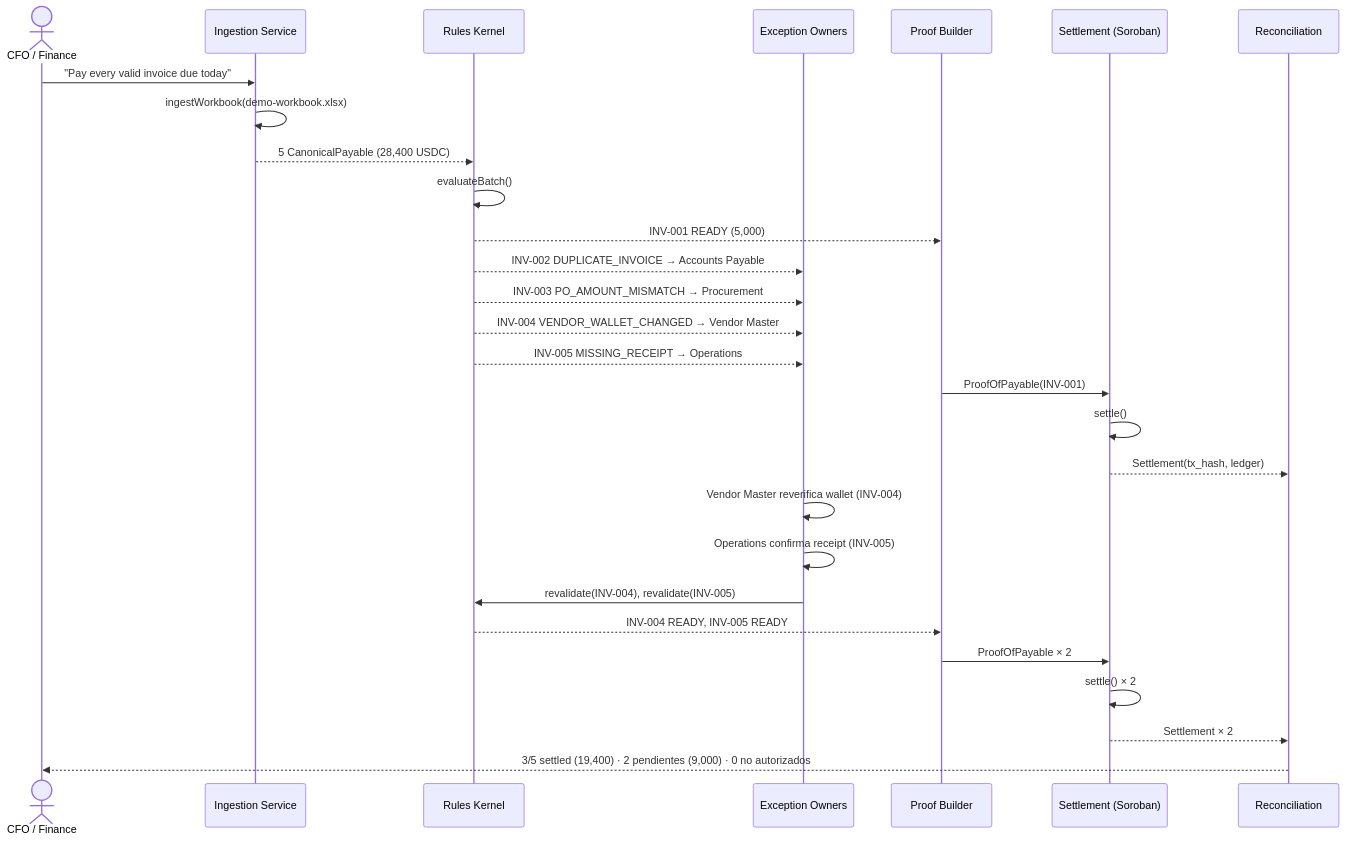
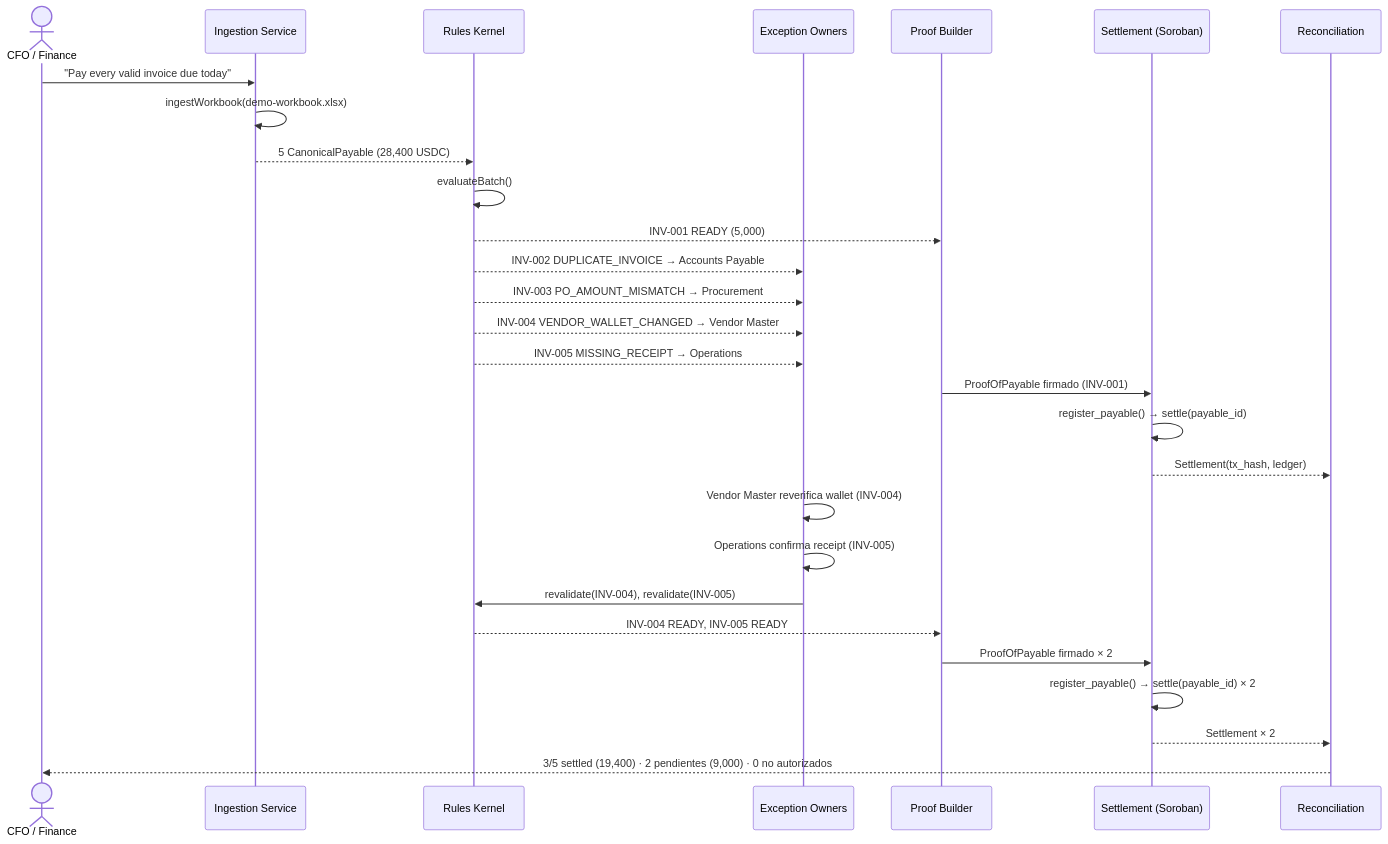
One commit to devmondoss/pakta changed the eighth of 8 diagrams in docs/implementation/Pakta_Arquitectura_Flujo.md. Above: the diagram before and after it, drawn with Mermaid. The commit also changed other lines of this file and 9 other files, not shown here.

````diff
--- a/docs/implementation/Pakta_Arquitectura_Flujo.md
+++ b/docs/implementation/Pakta_Arquitectura_Flujo.md
@@ -376,36 +380,36 @@
 ```mermaid
 sequenceDiagram
     actor CFO as CFO / Finance
     participant ING as Ingestion Service
     participant KER as Rules Kernel
     participant OWN as Exception Owners
     participant PRF as Proof Builder
     participant SET as Settlement (Soroban)
     participant REC as Reconciliation
 
     CFO->>ING: "Pay every valid invoice due today"
     ING->>ING: ingestWorkbook(demo-workbook.xlsx)
     ING-->>KER: 5 CanonicalPayable (28,400 USDC)
     KER->>KER: evaluateBatch()
 
     KER-->>PRF: INV-001 READY (5,000)
     KER-->>OWN: INV-002 DUPLICATE_INVOICE → Accounts Payable
     KER-->>OWN: INV-003 PO_AMOUNT_MISMATCH → Procurement
     KER-->>OWN: INV-004 VENDOR_WALLET_CHANGED → Vendor Master
     KER-->>OWN: INV-005 MISSING_RECEIPT → Operations
 
-    PRF->>SET: ProofOfPayable(INV-001)
-    SET->>SET: settle()
+    PRF->>SET: ProofOfPayable firmado (INV-001)
+    SET->>SET: register_payable() → settle(payable_id)
     SET-->>REC: Settlement(tx_hash, ledger)
 
     OWN->>OWN: Vendor Master reverifica wallet (INV-004)
     OWN->>OWN: Operations confirma receipt (INV-005)
     OWN->>KER: revalidate(INV-004), revalidate(INV-005)
     KER-->>PRF: INV-004 READY, INV-005 READY
 
-    PRF->>SET: ProofOfPayable × 2
-    SET->>SET: settle() × 2
+    PRF->>SET: ProofOfPayable firmado × 2
+    SET->>SET: register_payable() → settle(payable_id) × 2
     SET-->>REC: Settlement × 2
 
     REC-->>CFO: 3/5 settled (19,400) · 2 pendientes (9,000) · 0 no autorizados
 ```
````
